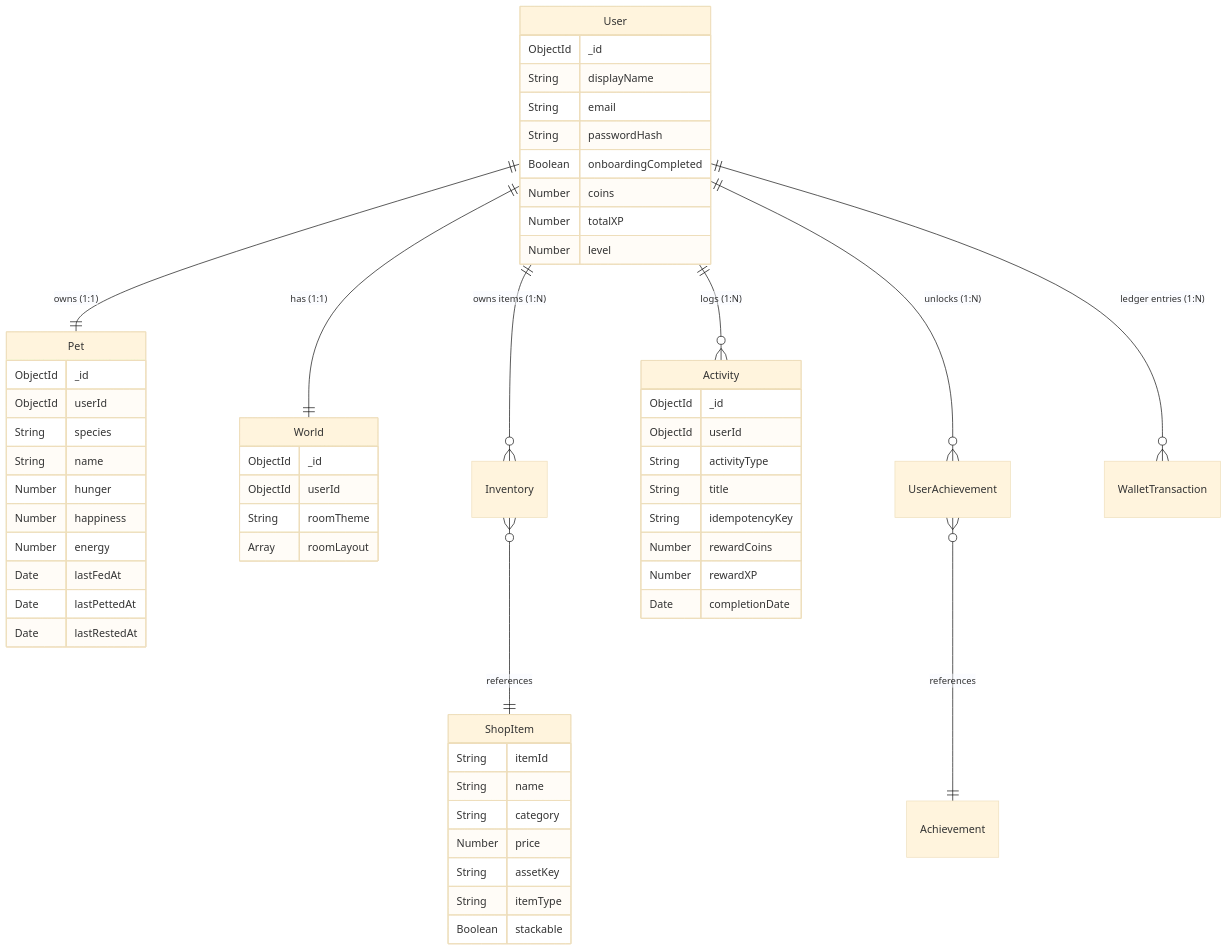
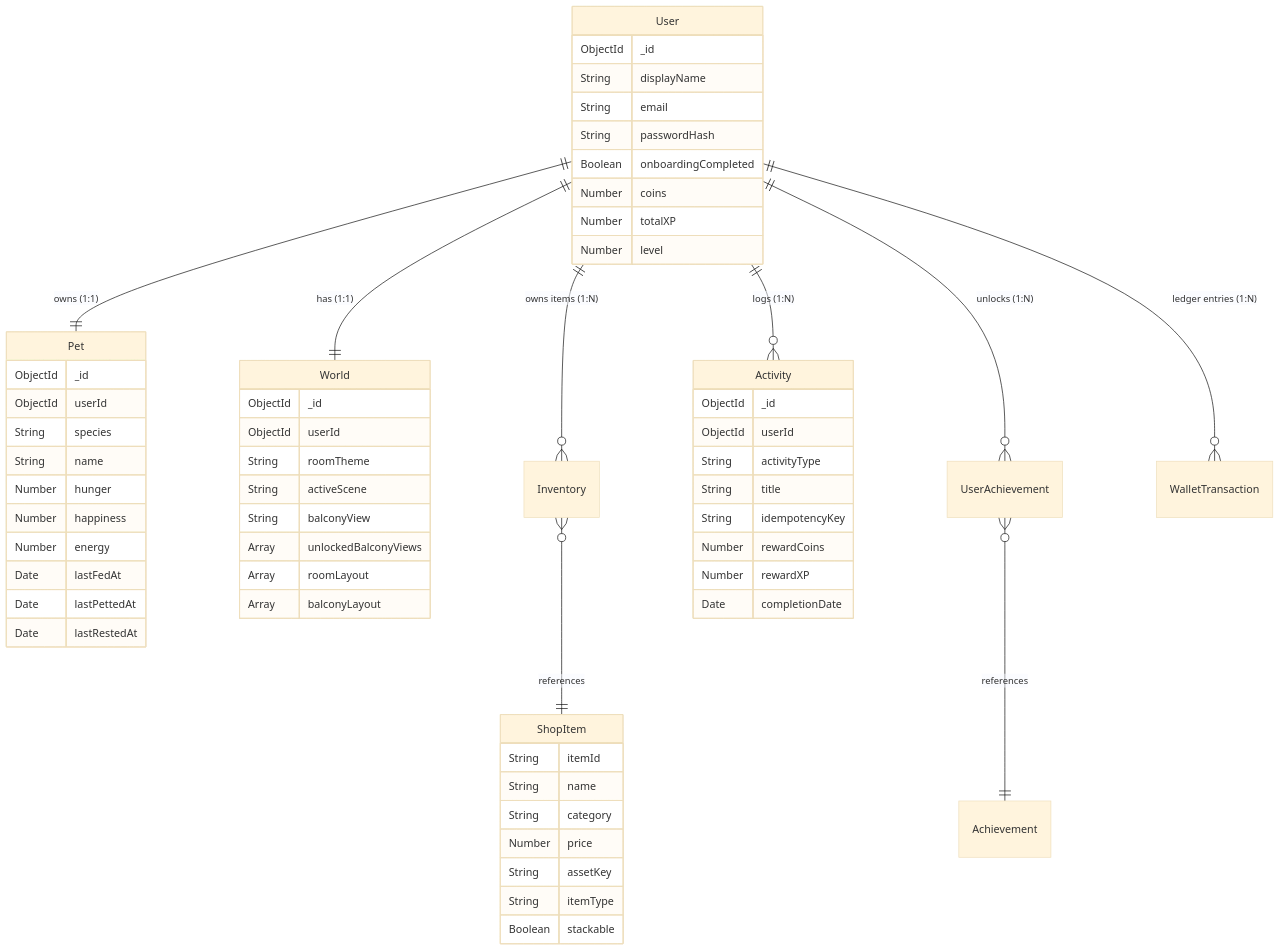
Before and after one commit to Dhaval1933/tinyworld-virtual-pet: the second of 2 diagrams in KNOWLEDGE_GRAPH.md, drawn with Mermaid (base theme). The commit also changed other lines of this file and 44 other files, not shown here.

````diff
--- a/KNOWLEDGE_GRAPH.md
+++ b/KNOWLEDGE_GRAPH.md
@@ -241,64 +255,68 @@
 ```mermaid
 erDiagram
     User ||--|| Pet : "owns (1:1)"
     User ||--|| World : "has (1:1)"
     User ||--o{ Inventory : "owns items (1:N)"
     User ||--o{ Activity : "logs (1:N)"
     User ||--o{ UserAchievement : "unlocks (1:N)"
     User ||--o{ WalletTransaction : "ledger entries (1:N)"
     
     Inventory }o--|| ShopItem : "references"
     UserAchievement }o--|| Achievement : "references"
 
     User {
         ObjectId _id
         String displayName
         String email
         String passwordHash
         Boolean onboardingCompleted
         Number coins
         Number totalXP
         Number level
     }
 
     Pet {
         ObjectId _id
         ObjectId userId
         String species
         String name
         Number hunger
         Number happiness
         Number energy
         Date lastFedAt
         Date lastPettedAt
         Date lastRestedAt
     }
 
     World {
         ObjectId _id
         ObjectId userId
         String roomTheme
+        String activeScene
+        String balconyView
+        Array unlockedBalconyViews
         Array roomLayout
+        Array balconyLayout
     }
 
     ShopItem {
         String itemId
         String name
         String category
         Number price
         String assetKey
         String itemType
         Boolean stackable
     }
 
     Activity {
         ObjectId _id
         ObjectId userId
         String activityType
         String title
         String idempotencyKey
         Number rewardCoins
         Number rewardXP
         Date completionDate
     }
 ```
````
